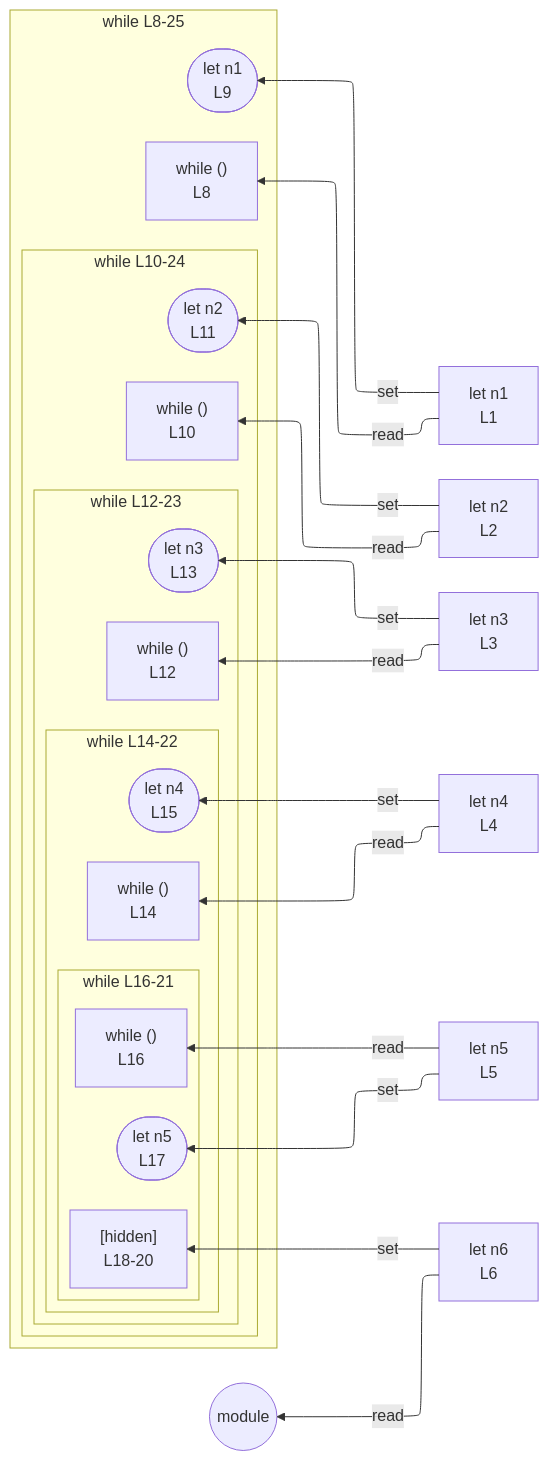
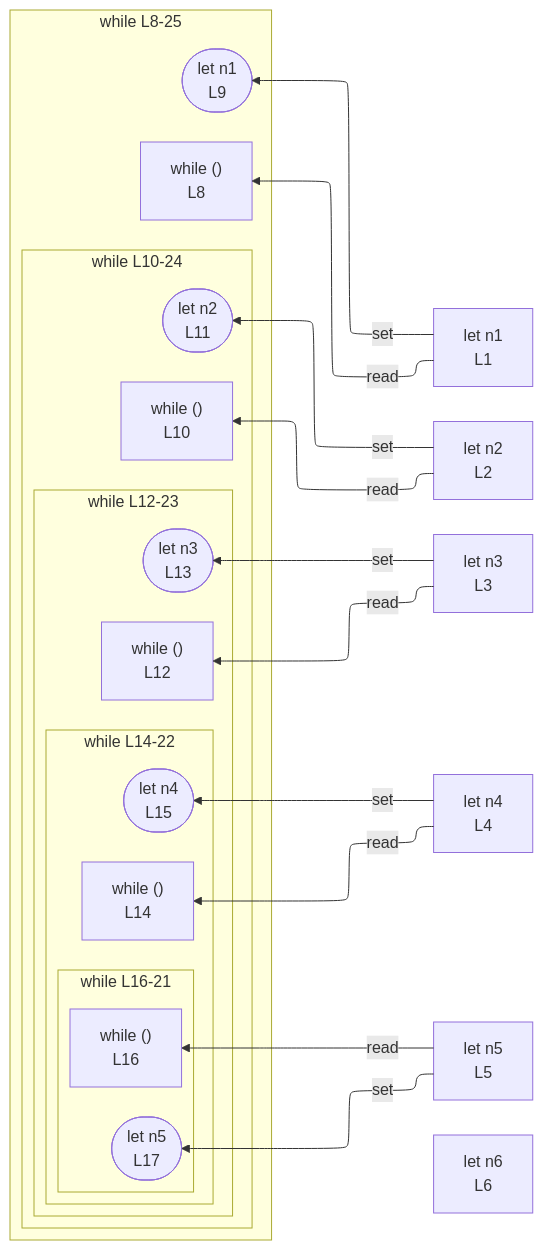
Before and after one commit to crescware/unsnarl: the diagram in integration/fixtures/app-behavior/depth/while/depth-5/preview.md, drawn with Mermaid. The commit also changed 96 other files, not shown here.

````diff
--- a/integration/fixtures/app-behavior/depth/while/depth-5/preview.md
+++ b/integration/fixtures/app-behavior/depth/while/depth-5/preview.md
@@ -35,49 +35,45 @@
 ```mermaid
 %%{init: {"flowchart": {"defaultRenderer": "elk"}}}%%
 flowchart RL
   n_scope_0_n1_4["let n1<br/>L1"]
   n_scope_0_n2_16["let n2<br/>L2"]
   n_scope_0_n3_28["let n3<br/>L3"]
   n_scope_0_n4_40["let n4<br/>L4"]
   n_scope_0_n5_52["let n5<br/>L5"]
   n_scope_0_n6_64["let n6<br/>L6"]
   subgraph s_scope_1["while L8-25"]
     direction RL
     while_test_scope_0_73["while ()<br/>L8"]
     wr_ref_7(["let n1<br/>L9"])
     subgraph s_scope_2["while L10-24"]
       direction RL
       while_test_scope_1_100["while ()<br/>L10"]
       wr_ref_9(["let n2<br/>L11"])
       subgraph s_scope_3["while L12-23"]
         direction RL
         while_test_scope_2_131["while ()<br/>L12"]
         wr_ref_11(["let n3<br/>L13"])
         subgraph s_scope_4["while L14-22"]
           direction RL
           while_test_scope_3_166["while ()<br/>L14"]
           wr_ref_13(["let n4<br/>L15"])
           subgraph s_scope_5["while L16-21"]
             direction RL
             while_test_scope_4_205["while ()<br/>L16"]
             wr_ref_15(["let n5<br/>L17"])
-            collapsed_scope_6["[hidden]<br/>L18-20"]
           end
         end
       end
     end
   end
   n_scope_0_n1_4 -->|set| wr_ref_7
   n_scope_0_n2_16 -->|set| wr_ref_9
   n_scope_0_n3_28 -->|set| wr_ref_11
   n_scope_0_n4_40 -->|set| wr_ref_13
   n_scope_0_n5_52 -->|set| wr_ref_15
-  n_scope_0_n6_64 -->|set| collapsed_scope_6
   n_scope_0_n1_4 -->|read| while_test_scope_0_73
   n_scope_0_n2_16 -->|read| while_test_scope_1_100
   n_scope_0_n3_28 -->|read| while_test_scope_2_131
   n_scope_0_n4_40 -->|read| while_test_scope_3_166
   n_scope_0_n5_52 -->|read| while_test_scope_4_205
-  n_scope_0_n6_64 -->|read| module_root
-  module_root((module))
 ```
````
